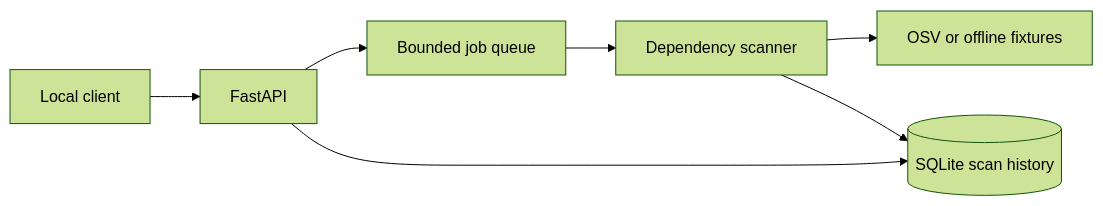
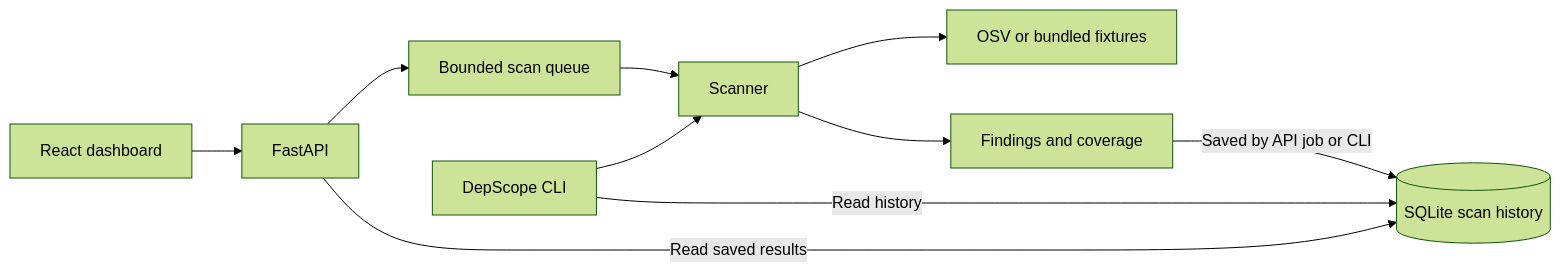
Before and after one commit to sahil15-dev/DepScope: the diagram in README.md, drawn with Mermaid (forest theme). The commit also changed other lines of this file and 84 other files, not shown here.

Commit message:
Complete DepScope dashboard, CLI, and release checks

````diff
--- a/README.md
+++ b/README.md
@@ -71,9 +39,12 @@
-```mermaid
+~~~mermaid
 flowchart LR
-    Client[Local client] --> API[FastAPI]
-    API --> Queue[Bounded job queue]
-    Queue --> Engine[Dependency scanner]
-    Engine --> OSV[OSV or offline fixtures]
-    Engine --> DB[(SQLite scan history)]
-    API --> DB
-```
+    Dashboard[React dashboard] --> API[FastAPI]
+    API --> Jobs[Bounded scan queue]
+    CLI[DepScope CLI] --> Scanner[Scanner]
+    Jobs --> Scanner
+    Scanner --> Provider[OSV or bundled fixtures]
+    Scanner --> Evidence[Findings and coverage]
+    Evidence -->|Saved by API job or CLI| DB[(SQLite scan history)]
+    API -->|Read saved results| DB
+    CLI -->|Read history| DB
+~~~
````
